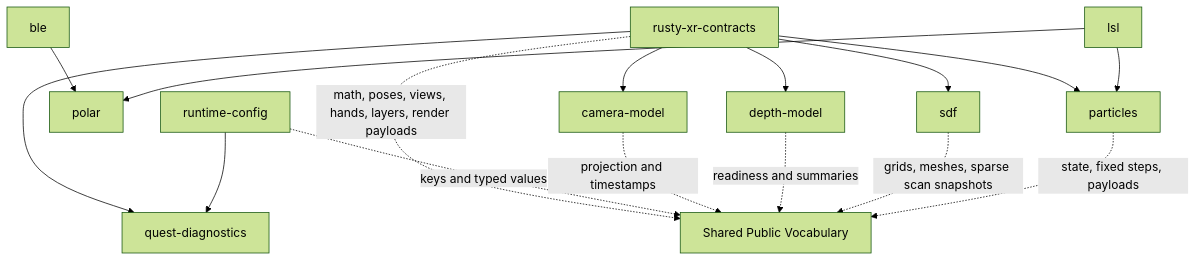
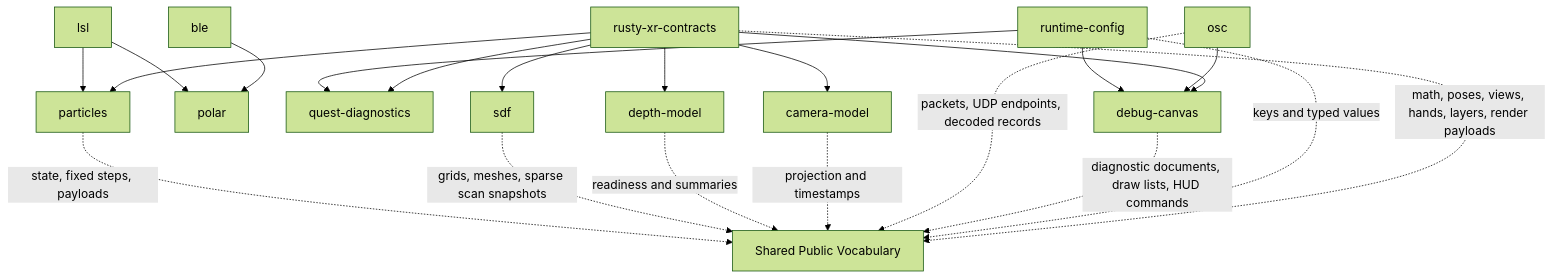
Before and after one commit to MesmerPrism/Rusty-XR: the diagram in docs/diagrams/crate-map.mmd, drawn with Mermaid (forest theme). The commit also changed 31 other files, not shown here.

Commit message:
Add OSC ingress and diagnostic HUD utilities

```diff
--- a/docs/diagrams/crate-map.mmd
+++ b/docs/diagrams/crate-map.mmd
@@ -1,28 +1,35 @@
 flowchart TB
   contracts["rusty-xr-contracts"]
   runtime["runtime-config"]
   ble["ble"]
+  debug["debug-canvas"]
   lsl["lsl"]
+  osc["osc"]
   polar["polar"]
   quest["quest-diagnostics"]
   camera["camera-model"]
   depth["depth-model"]
   sdf["sdf"]
   particles["particles"]
 
   contracts --> camera
   contracts --> depth
   contracts --> sdf
   contracts --> particles
   contracts --> quest
+  contracts --> debug
   ble --> polar
   lsl --> polar
   lsl --> particles
+  osc --> debug
   runtime --> quest
+  runtime --> debug
 
   contracts -.->|"math, poses, views, hands, layers, render payloads"| shared["Shared Public Vocabulary"]
   runtime -.->|"keys and typed values"| shared
+  debug -.->|"diagnostic documents, draw lists, HUD commands"| shared
+  osc -.->|"packets, UDP endpoints, decoded records"| shared
   camera -.->|"projection and timestamps"| shared
   depth -.->|"readiness and summaries"| shared
   sdf -.->|"grids, meshes, sparse scan snapshots"| shared
   particles -.->|"state, fixed steps, payloads"| shared
```
